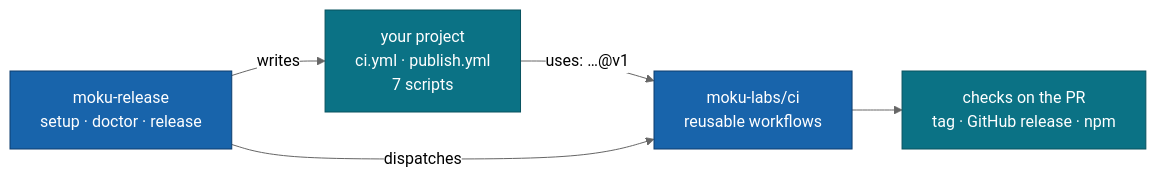
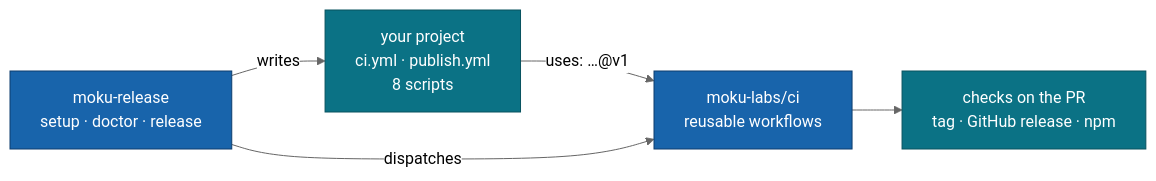
Before and after one commit to moku-labs/ci: the diagram in README.md, drawn with Mermaid (neutral theme). The commit also changed other lines of this file, not shown here.

Commit message:
docs(readme): the contract is the eight scripts of REQUIRED_SCRIPTS, app-deploy has a live user (#35)

````diff
--- a/README.md
+++ b/README.md
@@ -79,11 +78,11 @@
 ```mermaid
 flowchart LR
-  P["your project<br/>ci.yml · publish.yml<br/>7 scripts"] -->|"uses: …@v1"| W["moku-labs/ci<br/>reusable workflows"]
+  P["your project<br/>ci.yml · publish.yml<br/>8 scripts"] -->|"uses: …@v1"| W["moku-labs/ci<br/>reusable workflows"]
   C["moku-release<br/>setup · doctor · release"] -->|writes| P
   C -->|dispatches| W
   W --> N["checks on the PR<br/>tag · GitHub release · npm"]
   classDef u fill:#0b7285,stroke:#08525f,color:#fff;
   classDef m fill:#1864ab,stroke:#0d3d6e,color:#fff;
   class P,N u
   class W,C m
 ```
````
